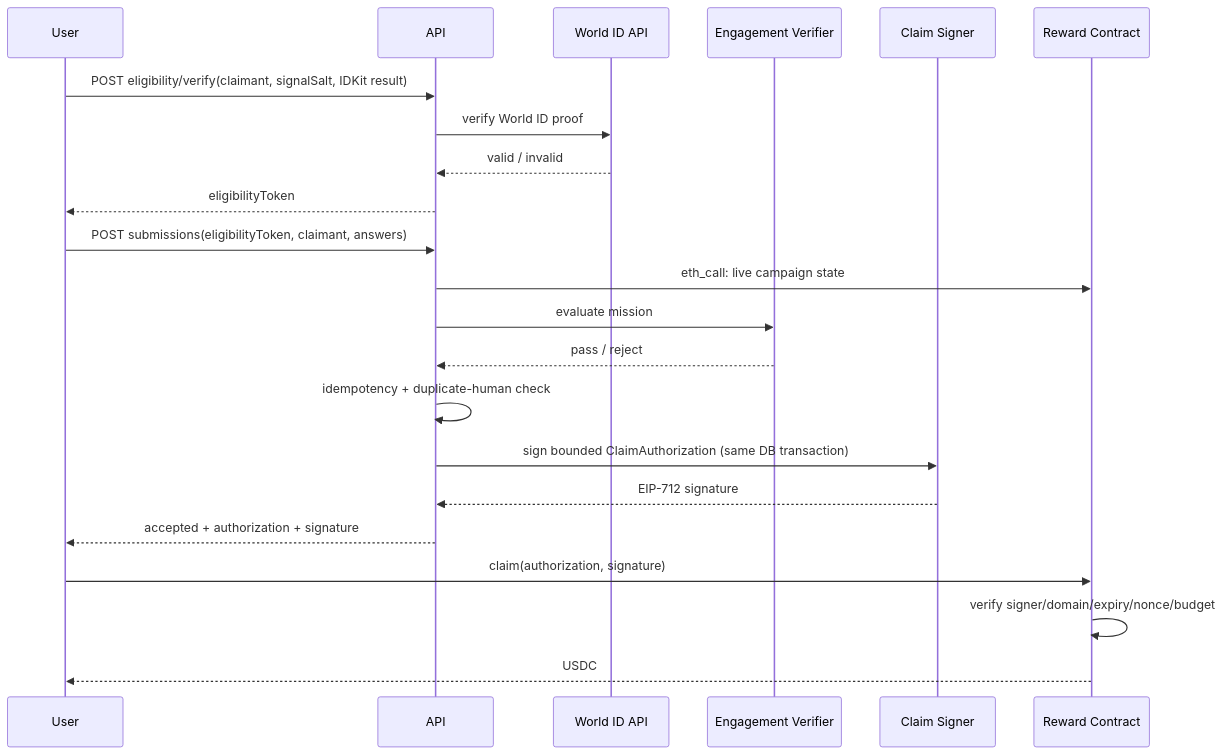
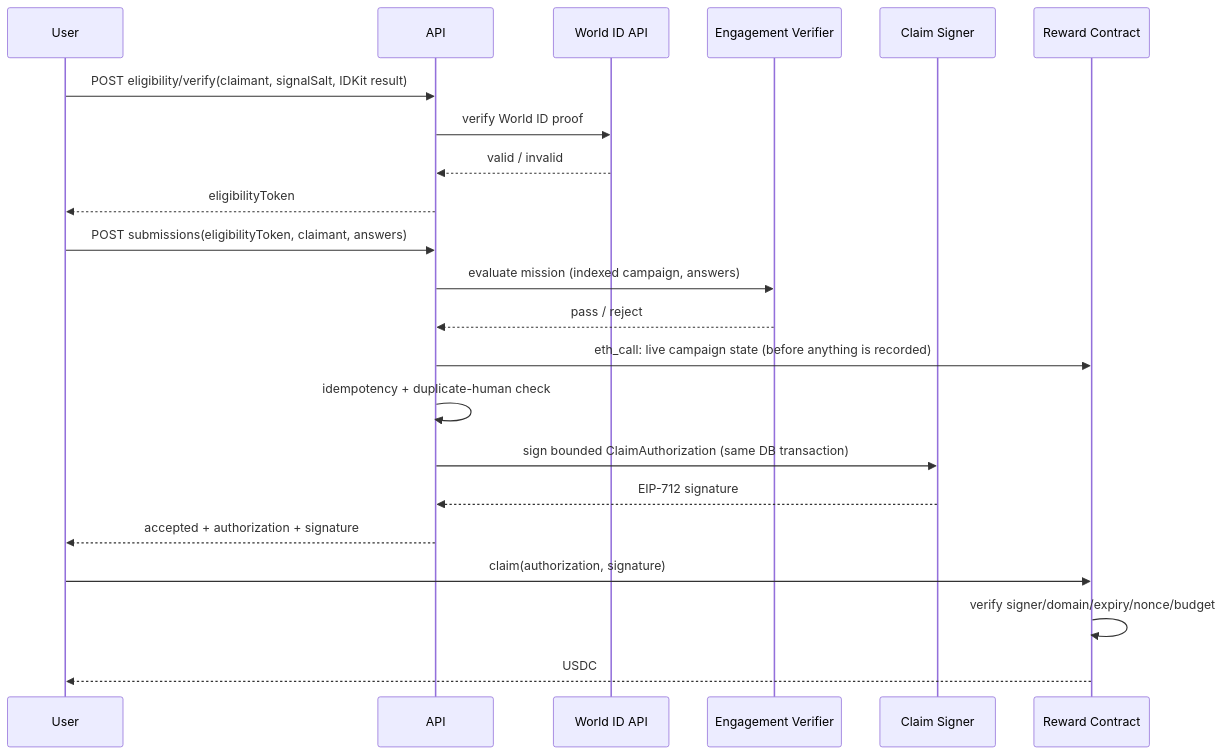
Before and after one commit to ChiJiun/verified-human-attention-market: the diagram in docs/architecture/CLAIM_AUTHORIZATION.md, drawn with Mermaid. The commit also changed 4 other files, not shown here.

````diff
--- a/docs/architecture/CLAIM_AUTHORIZATION.md
+++ b/docs/architecture/CLAIM_AUTHORIZATION.md
@@ -14,25 +14,25 @@
 ```mermaid
 sequenceDiagram
     participant U as User
     participant API as API
     participant W as World ID API
     participant V as Engagement Verifier
     participant S as Claim Signer
     participant C as Reward Contract
 
     U->>API: POST eligibility/verify(claimant, signalSalt, IDKit result)
     API->>W: verify World ID proof
     W-->>API: valid / invalid
     API-->>U: eligibilityToken
     U->>API: POST submissions(eligibilityToken, claimant, answers)
-    API->>C: eth_call: live campaign state
-    API->>V: evaluate mission
+    API->>V: evaluate mission (indexed campaign, answers)
     V-->>API: pass / reject
+    API->>C: eth_call: live campaign state (before anything is recorded)
     API->>API: idempotency + duplicate-human check
     API->>S: sign bounded ClaimAuthorization (same DB transaction)
     S-->>API: EIP-712 signature
     API-->>U: accepted + authorization + signature
     U->>C: claim(authorization, signature)
     C->>C: verify signer/domain/expiry/nonce/budget
     C-->>U: USDC
 ```
````
